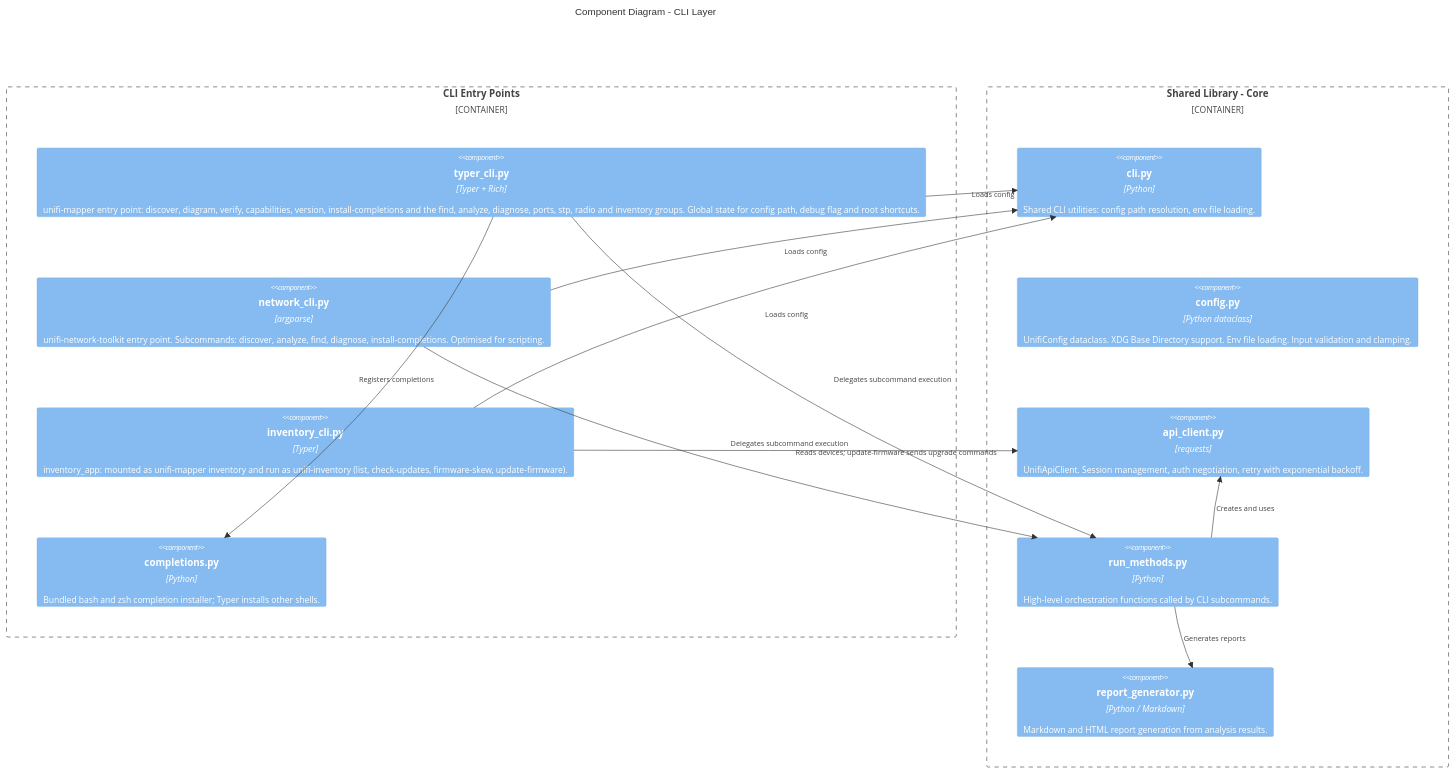
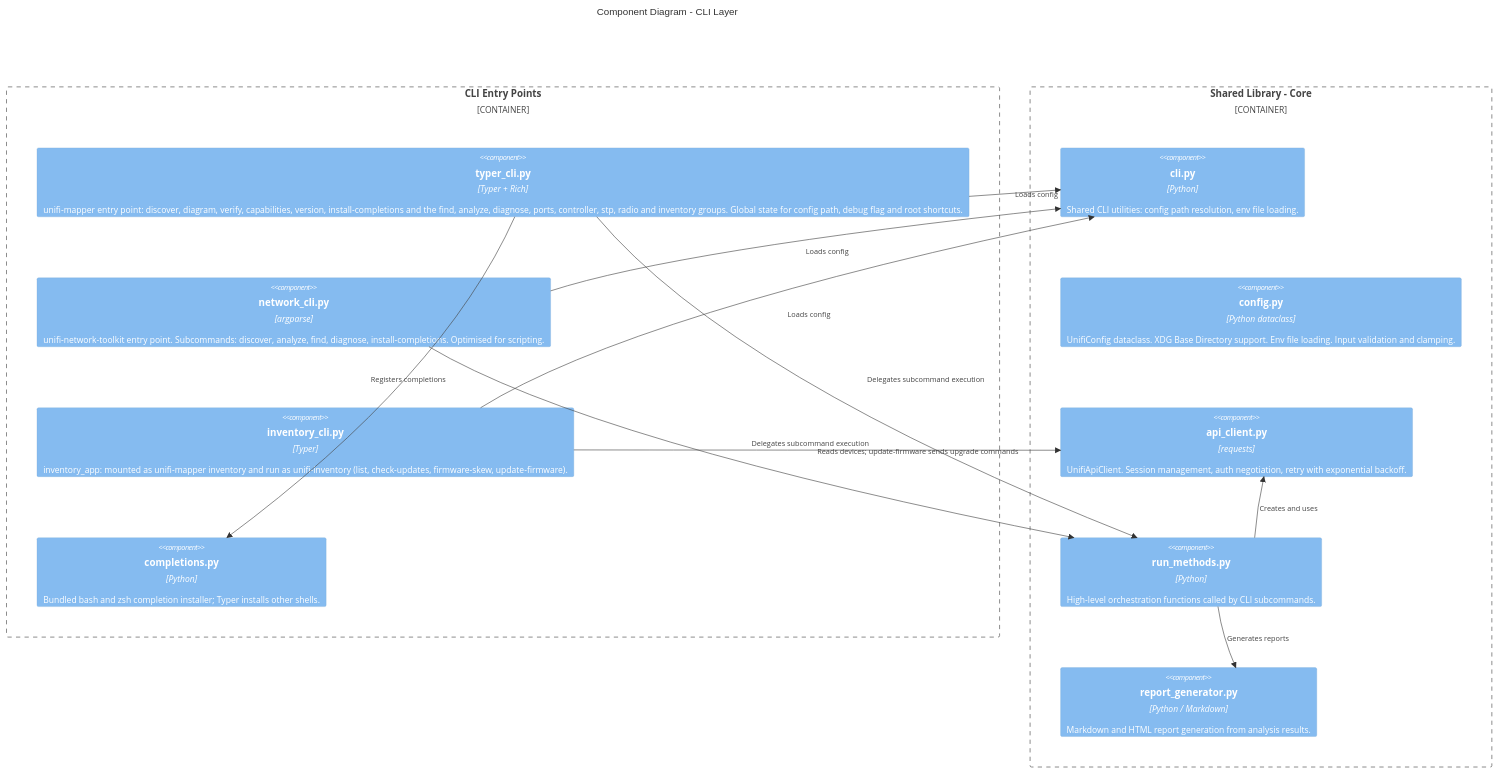
The fifth of 26 diagrams in docs/architecture/c4-architecture.md (NetDevAutomate/unifi_management_cli), drawn with Mermaid before and after one commit. The commit also changed other lines of this file and 23 other files, not shown here.

````diff
--- a/docs/architecture/c4-architecture.md
+++ b/docs/architecture/c4-architecture.md
@@ -196,29 +196,29 @@
 ```mermaid
 C4Component
     title Component Diagram - CLI Layer
 
     Container_Boundary(cli_layer, "CLI Entry Points") {
-        Component(typer_cli, "typer_cli.py", "Typer + Rich", "unifi-mapper entry point: discover, diagram, verify, capabilities, version, install-completions and the find, analyze, diagnose, ports, stp, radio and inventory groups. Global state for config path, debug flag and root shortcuts.")
+        Component(typer_cli, "typer_cli.py", "Typer + Rich", "unifi-mapper entry point: discover, diagram, verify, capabilities, version, install-completions and the find, analyze, diagnose, ports, controller, stp, radio and inventory groups. Global state for config path, debug flag and root shortcuts.")
         Component(network_cli, "network_cli.py", "argparse", "unifi-network-toolkit entry point. Subcommands: discover, analyze, find, diagnose, install-completions. Optimised for scripting.")
         Component(inventory_cli_comp, "inventory_cli.py", "Typer", "inventory_app: mounted as unifi-mapper inventory and run as unifi-inventory (list, check-updates, firmware-skew, update-firmware).")
         Component(completions, "completions.py", "Python", "Bundled bash and zsh completion installer; Typer installs other shells.")
     }
 
     Container_Boundary(core_lib, "Shared Library - Core") {
         Component(cli_helpers, "cli.py", "Python", "Shared CLI utilities: config path resolution, env file loading.")
         Component(config_comp, "config.py", "Python dataclass", "UnifiConfig dataclass. XDG Base Directory support. Env file loading. Input validation and clamping.")
         Component(api_client_comp, "api_client.py", "requests", "UnifiApiClient. Session management, auth negotiation, retry with exponential backoff.")
         Component(run_methods, "run_methods.py", "Python", "High-level orchestration functions called by CLI subcommands.")
         Component(report_gen, "report_generator.py", "Python / Markdown", "Markdown and HTML report generation from analysis results.")
     }
 
     Rel(typer_cli, cli_helpers, "Loads config")
     Rel(typer_cli, run_methods, "Delegates subcommand execution")
     Rel(network_cli, cli_helpers, "Loads config")
     Rel(network_cli, run_methods, "Delegates subcommand execution")
     Rel(inventory_cli_comp, cli_helpers, "Loads config")
     Rel(inventory_cli_comp, api_client_comp, "Reads devices; update-firmware sends upgrade commands")
     Rel(run_methods, api_client_comp, "Creates and uses")
     Rel(run_methods, report_gen, "Generates reports")
     Rel(typer_cli, completions, "Registers completions")
 ```
````
